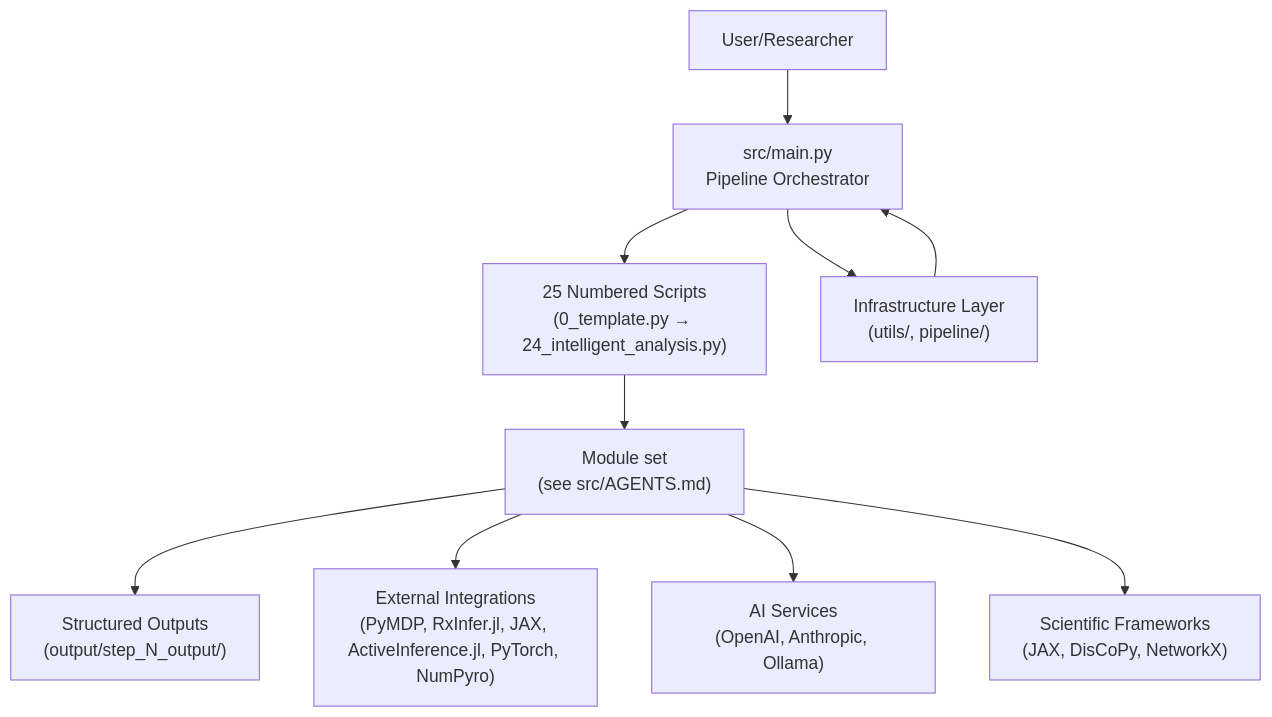
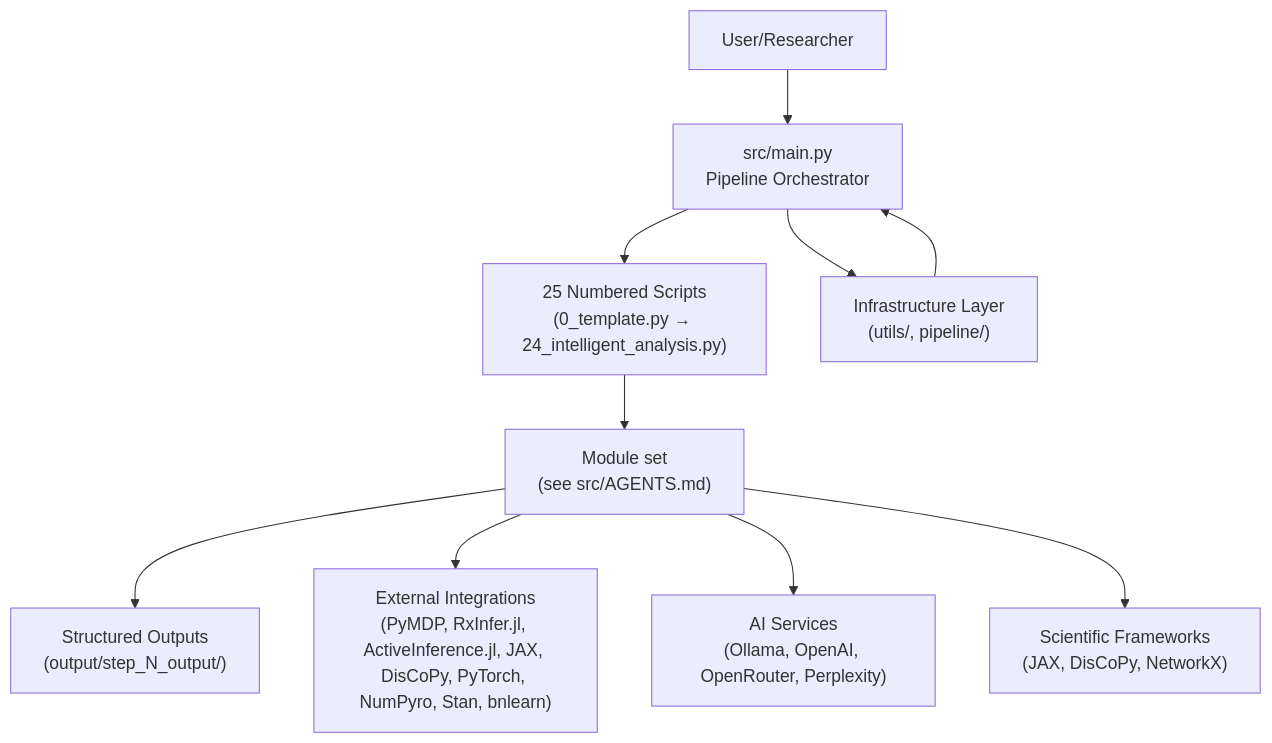
One commit to ActiveInferenceInstitute/GeneralizedNotationNotation changed the first of 7 diagrams in ARCHITECTURE.md. Above: the diagram before and after it, drawn with Mermaid. The commit also changed other lines of this file and 278 other files, not shown here.

````diff
--- a/ARCHITECTURE.md
+++ b/ARCHITECTURE.md
@@ -40,16 +40,16 @@
 ```mermaid
 graph TB
   A["User/Researcher"] --> B["src/main.py<br/>Pipeline Orchestrator"]
   B --> C["25 Numbered Scripts<br/>(0_template.py → 24_intelligent_analysis.py)"]
   C --> D["Module set<br/>(see src/AGENTS.md)"]
   D --> E["Structured Outputs<br/>(output/step_N_output/)"]
 
   B --> F["Infrastructure Layer<br/>(utils/, pipeline/)"]
   F --> B
 
-  D --> G["External Integrations<br/>(PyMDP, RxInfer.jl, JAX, ActiveInference.jl, PyTorch, NumPyro)"]
-  D --> H["AI Services<br/>(OpenAI, Anthropic, Ollama)"]
+  D --> G["External Integrations<br/>(PyMDP, RxInfer.jl, ActiveInference.jl, JAX, DisCoPy, PyTorch, NumPyro, Stan, bnlearn)"]
+  D --> H["AI Services<br/>(Ollama, OpenAI, OpenRouter, Perplexity)"]
   D --> I["Scientific Frameworks<br/>(JAX, DisCoPy, NetworkX)"]
 
   %% styling intentionally omitted (theme-controlled)
 ```
````
